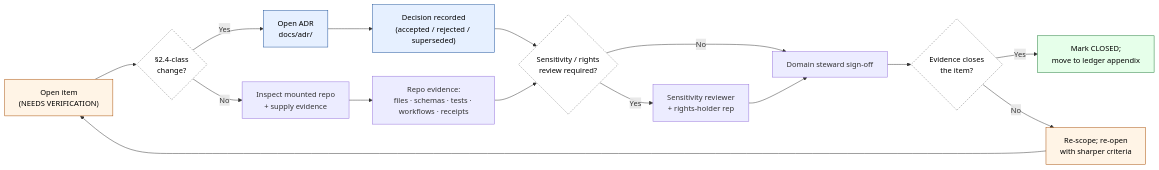
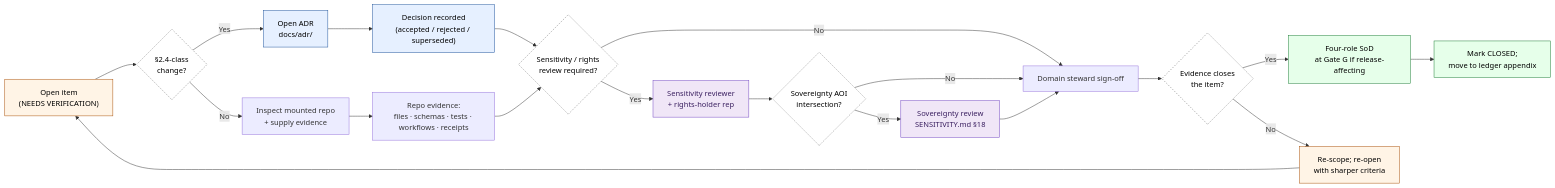
The diagram in docs/domains/archaeology/VERIFICATION_BACKLOG.md (bartytime4life/Kansas-Frontier-Matrix), drawn with Mermaid before and after one commit. The commit also changed other lines of this file, not shown here.

````diff
--- a/docs/domains/archaeology/VERIFICATION_BACKLOG.md
+++ b/docs/domains/archaeology/VERIFICATION_BACKLOG.md
@@ -149,26 +217,32 @@
 ```mermaid
 flowchart LR
     A["Open item<br/>(NEEDS VERIFICATION)"] --> B{"§2.4-class<br/>change?"}
     B -- "Yes" --> C["Open ADR<br/>docs/adr/"]
     B -- "No" --> D["Inspect mounted repo<br/>+ supply evidence"]
     C --> E["Decision recorded<br/>(accepted / rejected / superseded)"]
     D --> F["Repo evidence:<br/>files · schemas · tests · workflows · receipts"]
     E --> G{"Sensitivity / rights<br/>review required?"}
     F --> G
     G -- "Yes" --> H["Sensitivity reviewer<br/>+ rights-holder rep"]
     G -- "No" --> I["Domain steward sign-off"]
-    H --> I
+    H --> SOV{"Sovereignty AOI<br/>intersection?"}
+    SOV -- "Yes" --> SR["Sovereignty review<br/>SENSITIVITY.md §18"]
+    SOV -- "No" --> I
+    SR --> I
     I --> J{"Evidence closes<br/>the item?"}
-    J -- "Yes" --> K["Mark CLOSED;<br/>move to ledger appendix"]
+    J -- "Yes" --> SOD["Four-role SoD<br/>at Gate G if release-affecting"]
+    SOD --> K["Mark CLOSED;<br/>move to ledger appendix"]
     J -- "No" --> L["Re-scope; re-open<br/>with sharper criteria"]
     L --> A
-    
+
     classDef open fill:#fff4e6,stroke:#a64b00,color:#000
     classDef adr fill:#e6f0ff,stroke:#1a4f99,color:#000
     classDef closed fill:#e6ffea,stroke:#1a7a33,color:#000
     classDef gate fill:#fff,stroke:#666,color:#000,stroke-dasharray: 3 3
+    classDef sov fill:#f0e6f7,stroke:#6f42c1,color:#3a1f60
     class A,L open
     class C,E adr
-    class K closed
-    class B,G,J gate
+    class K,SOD closed
+    class B,G,J,SOV gate
+    class SR,H sov
 ```
````
